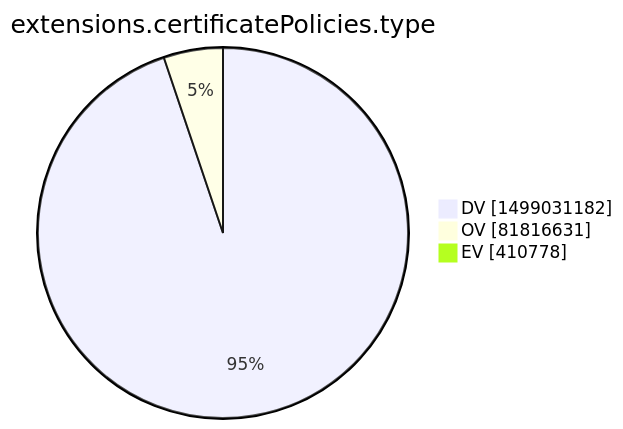
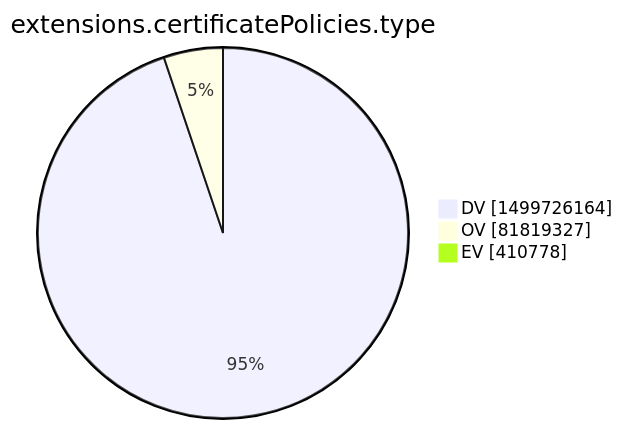
Before and after one commit to christiankrug/ctmonitor_visualization: the tenth of 15 diagrams in xenon2022/README.md, drawn with Mermaid. The commit also changed other lines of this file, not shown here.

````diff
--- a/xenon2022/README.md
+++ b/xenon2022/README.md
@@ -2874,7 +2874,7 @@
 ```mermaid
 pie showData
 title extensions.certificatePolicies.type
-"DV" :1499031182
-"OV" :81816631
+"DV" :1499726164
+"OV" :81819327
 "EV" :410778
 ```
````
